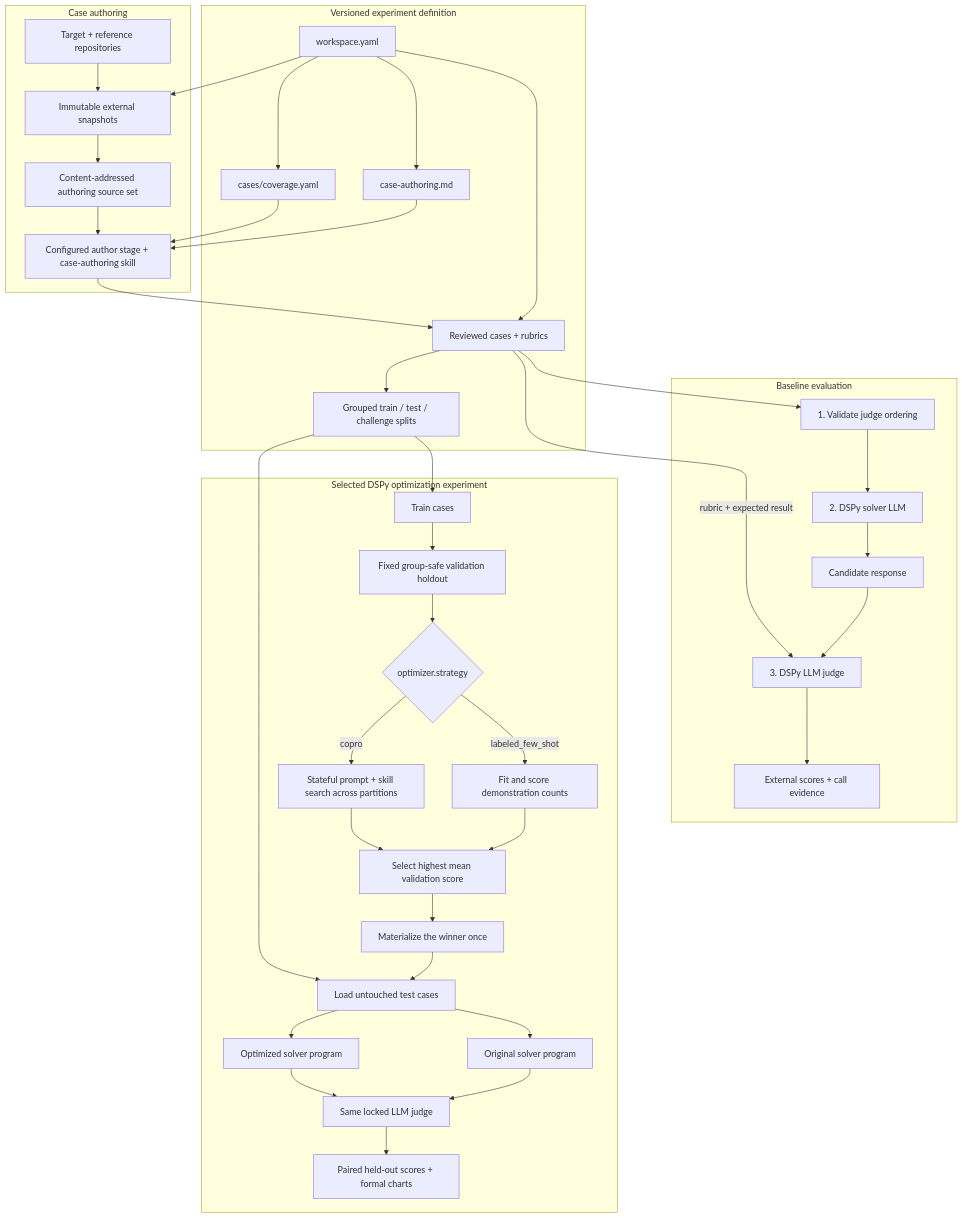
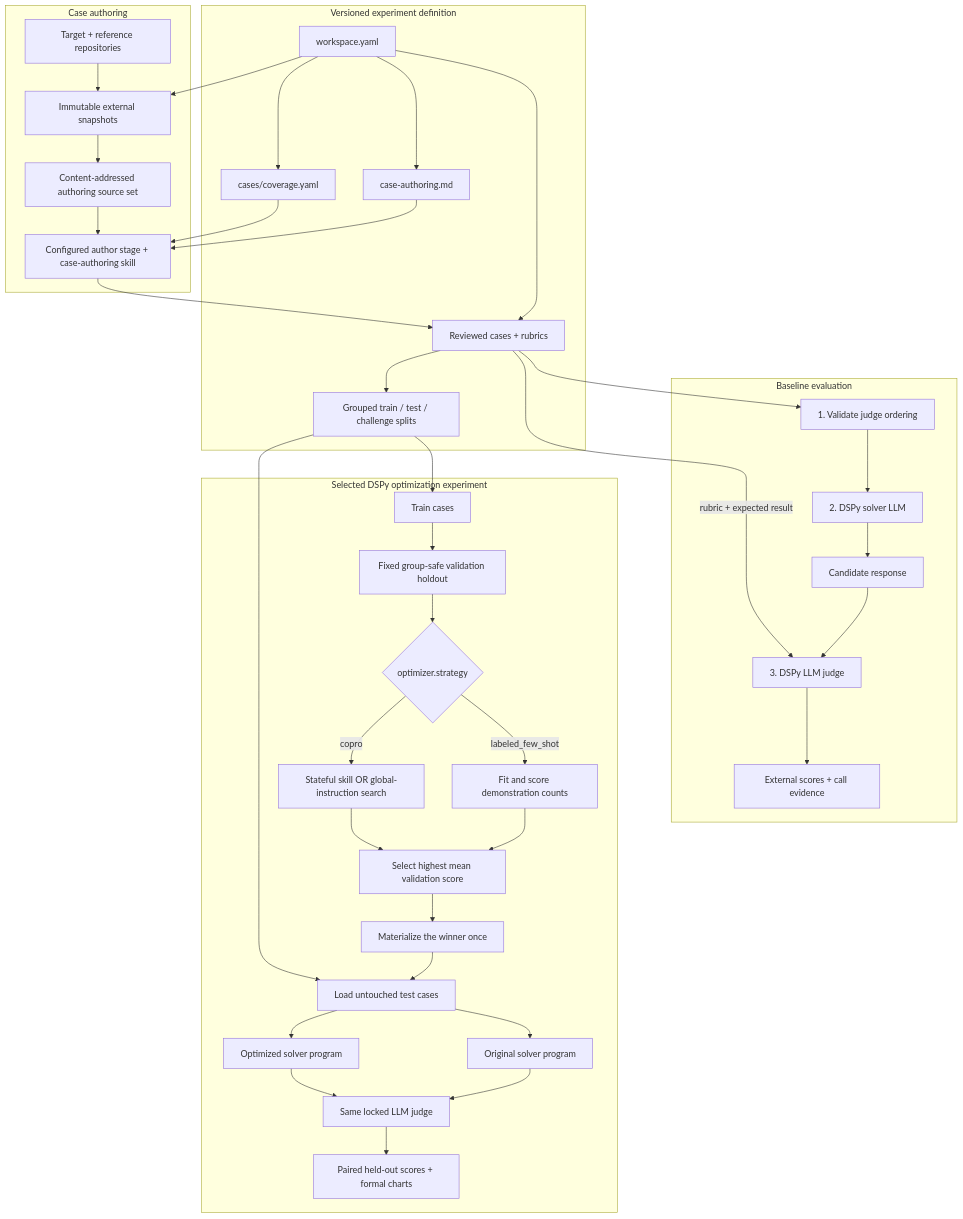
One commit to mainsequence-sdk/repo-agent-eval changed the diagram in README.md. Above: the diagram before and after it, drawn with Mermaid. The commit also changed other lines of this file and 516 other files, not shown here.

````diff
--- a/README.md
+++ b/README.md
@@ -41,51 +41,51 @@
 ```mermaid
 flowchart TB
     subgraph Definition["Versioned experiment definition"]
         Workspace["workspace.yaml"]
         AuthoringPolicy["case-authoring.md"]
         CapabilityCatalog["cases/coverage.yaml"]
         Cases["Reviewed cases + rubrics"]
         Splits["Grouped train / test / challenge splits"]
         Workspace --> AuthoringPolicy
         Workspace --> CapabilityCatalog
         Workspace --> Cases
         Cases --> Splits
     end
 
     subgraph Authoring["Case authoring"]
         Repo["Target + reference repositories"] --> Snapshot["Immutable external snapshots"]
         Workspace --> Snapshot
         Snapshot --> SourceSet["Content-addressed authoring source set"]
         SourceSet --> Author["Configured author stage + case-authoring skill"]
         AuthoringPolicy --> Author
         CapabilityCatalog --> Author
         Author --> Cases
     end
 
     subgraph Baseline["Baseline evaluation"]
         Cases --> JudgeValidation["1. Validate judge ordering"]
         JudgeValidation --> Solver["2. DSPy solver LLM"]
         Solver --> Candidate["Candidate response"]
         Candidate --> Judge["3. DSPy LLM judge"]
         Cases -->|"rubric + expected result"| Judge
         Judge --> BaselineResults["External scores + call evidence"]
     end
 
     subgraph Optimization["Selected DSPy optimization experiment"]
         Splits --> Train["Train cases"]
         Train --> Holdout["Fixed group-safe validation holdout"]
         Holdout --> Strategy{"optimizer.strategy"}
         Strategy -->|"labeled_few_shot"| Demos["Fit and score demonstration counts"]
-        Strategy -->|"copro"| Rewrite["Stateful prompt + skill search across partitions"]
+        Strategy -->|"copro"| Rewrite["Stateful skill OR global-instruction search"]
         Demos --> Select["Select highest mean validation score"]
         Rewrite --> Select
         Select --> Refit["Materialize the winner once"]
         Refit --> Test["Load untouched test cases"]
         Splits --> Test
         Test --> Original["Original solver program"]
         Test --> Final["Optimized solver program"]
         Original --> JudgeBoth["Same locked LLM judge"]
         Final --> JudgeBoth
         JudgeBoth --> OptimizedResults["Paired held-out scores + formal charts"]
     end
 ```
````
